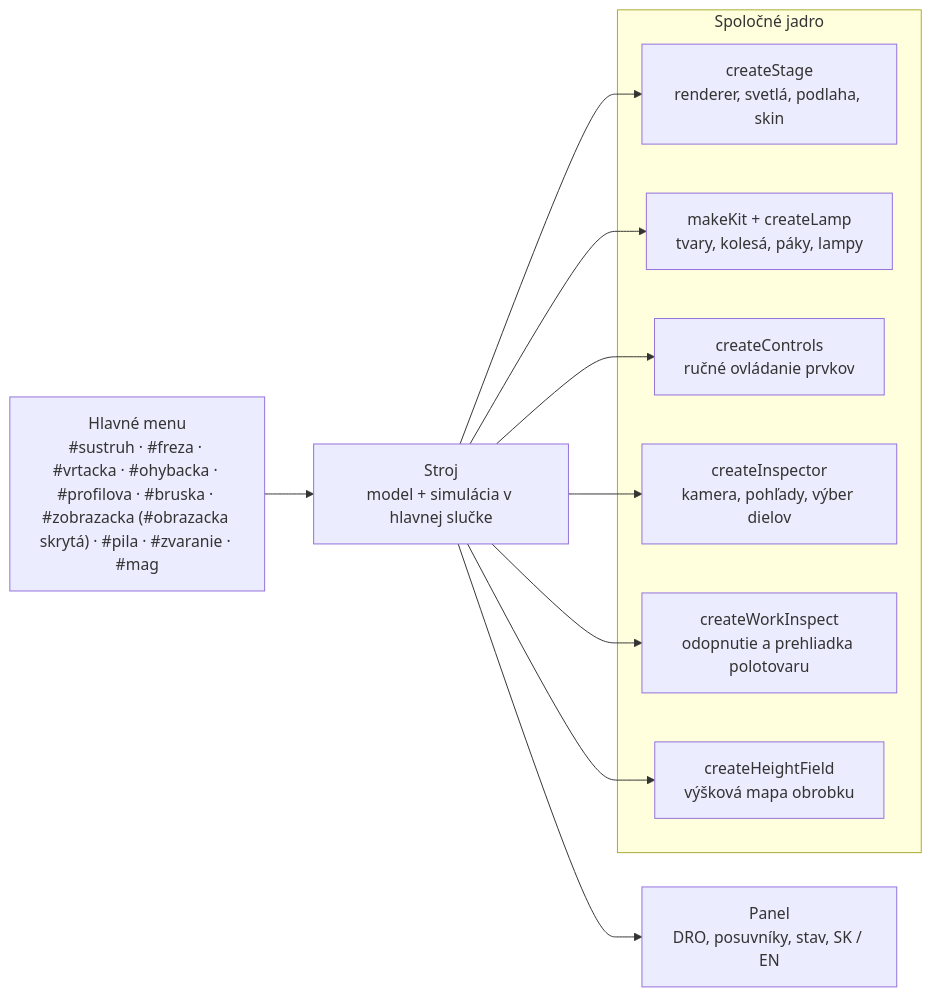
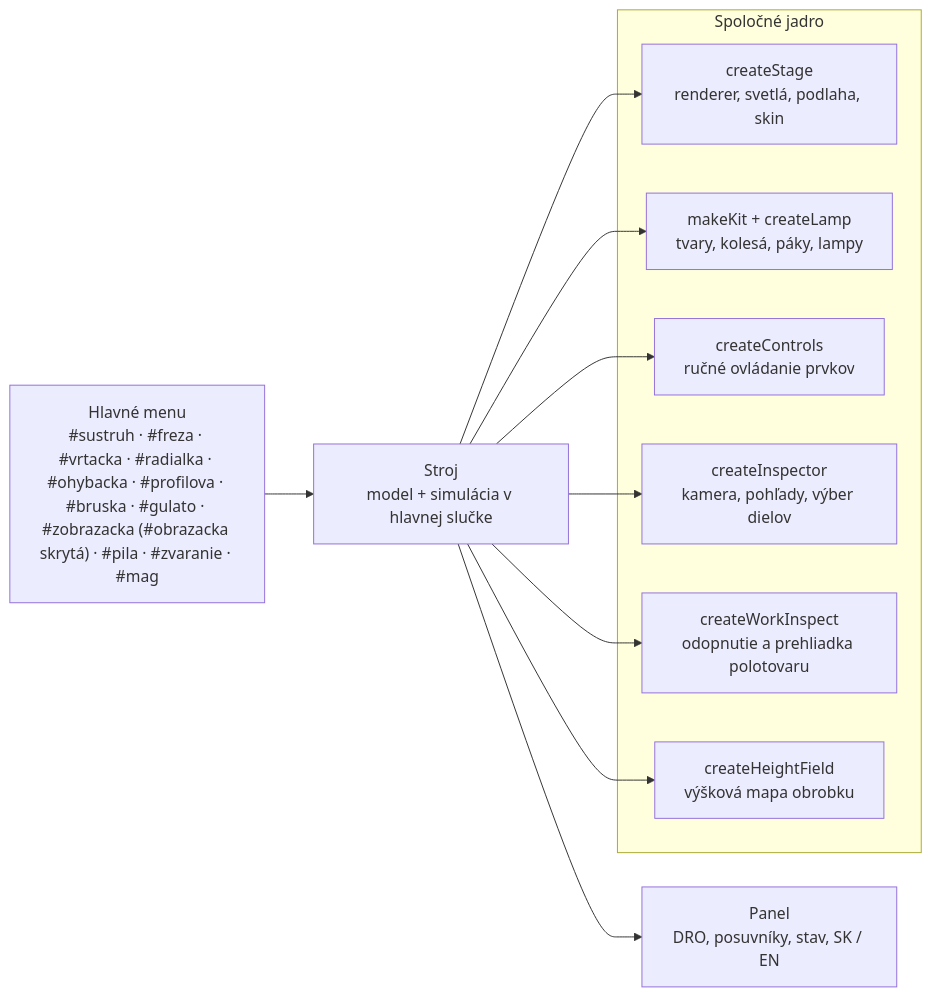
One commit to bucala/Real-machine-tools changed the diagram in README.md. Above: the diagram before and after it, drawn with Mermaid. The commit also changed other lines of this file and 40 other files, not shown here.

````diff
--- a/README.md
+++ b/README.md
@@ -214,14 +237,14 @@
 ```mermaid
 flowchart LR
-  menu["Hlavné menu<br/>#sustruh · #freza · #vrtacka · #ohybacka · #profilova · #bruska · #zobrazacka (#obrazacka skrytá) · #pila · #zvaranie · #mag"] --> machine
+  menu["Hlavné menu<br/>#sustruh · #freza · #vrtacka · #radialka · #ohybacka · #profilova · #bruska · #gulato · #zobrazacka (#obrazacka skrytá) · #pila · #zvaranie · #mag"] --> machine
   subgraph core["Spoločné jadro"]
     stage["createStage<br/>renderer, svetlá, podlaha, skin"]
     kit["makeKit + createLamp<br/>tvary, kolesá, páky, lampy"]
     ctrl["createControls<br/>ručné ovládanie prvkov"]
     insp["createInspector<br/>kamera, pohľady, výber dielov"]
     wi["createWorkInspect<br/>odopnutie a prehliadka polotovaru"]
     hf["createHeightField<br/>výšková mapa obrobku"]
   end
   machine["Stroj<br/>model + simulácia v hlavnej slučke"] --> stage & kit & ctrl & insp & wi & hf
   machine --> panel["Panel<br/>DRO, posuvníky, stav, SK / EN"]
 ```
````
